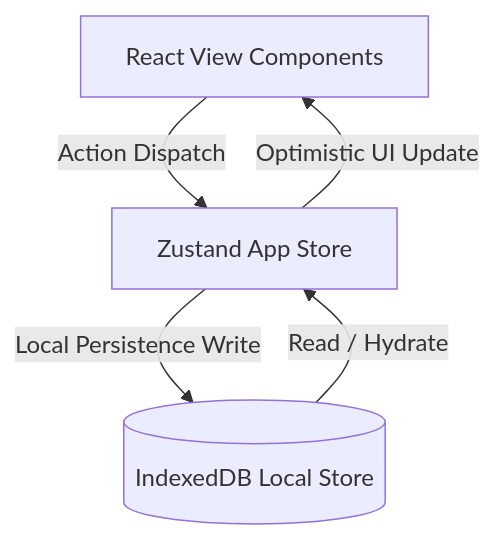
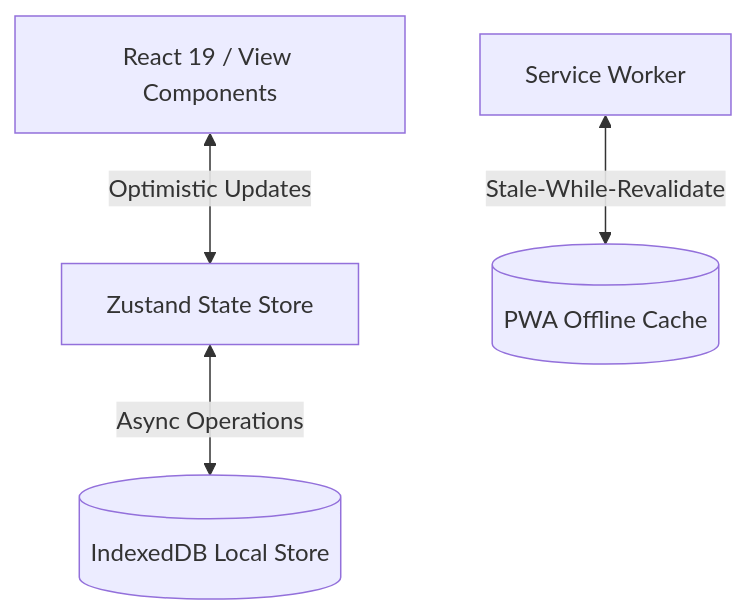
Before and after one commit to siddhantbhatia220/MONO: the diagram in README.md, drawn with Mermaid. The commit also changed other lines of this file, not shown here.

Commit message:
updated readme with professional architecture, pwa details and script tables

````diff
--- a/README.md
+++ b/README.md
@@ -41,7 +33,6 @@
 ```mermaid
 graph TD
-    UI[React View Components] -->|Action Dispatch| Store[Zustand App Store]
-    Store -->|Optimistic UI Update| UI
-    Store -->|Local Persistence Write| DB[(IndexedDB Local Store)]
-    DB -->|Read / Hydrate| Store
+    UI[React 19 / View Components] <-->|Optimistic Updates| Store[Zustand State Store]
+    Store <-->|Async Operations| IDB[(IndexedDB Local Store)]
+    SW[Service Worker] <-->|Stale-While-Revalidate| Cache[(PWA Offline Cache)]
 ```
````
